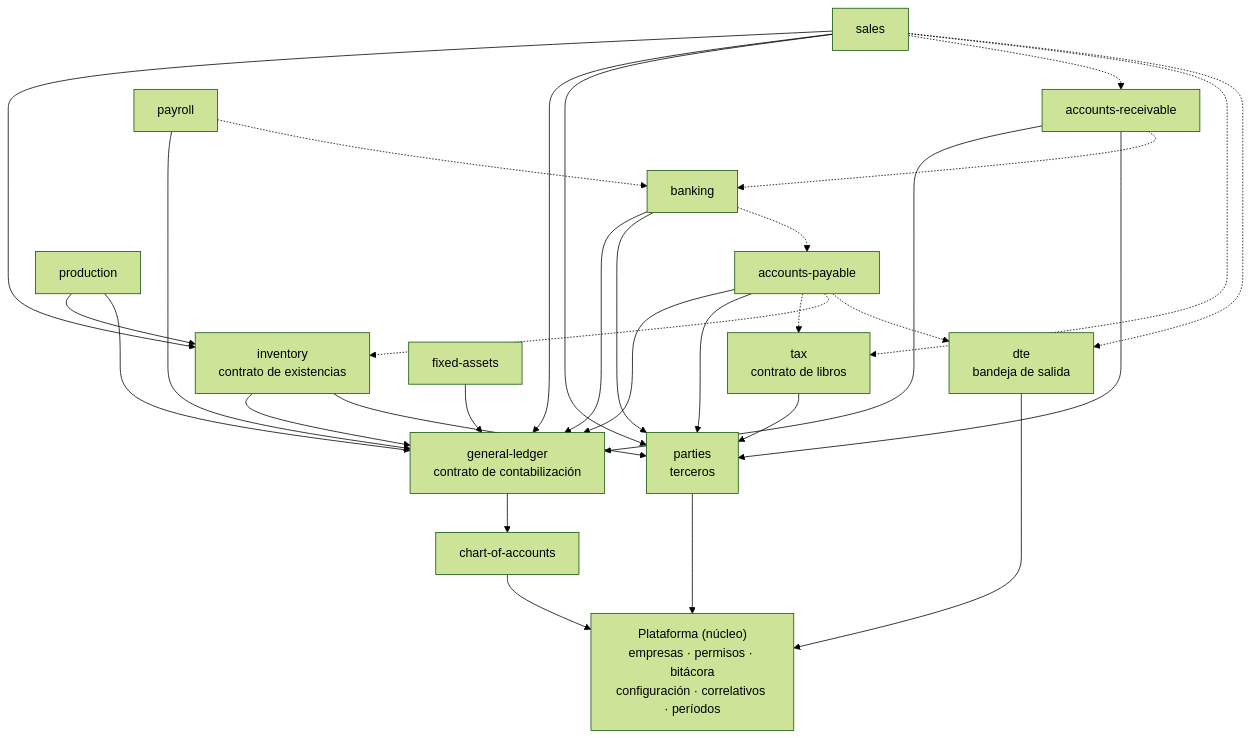
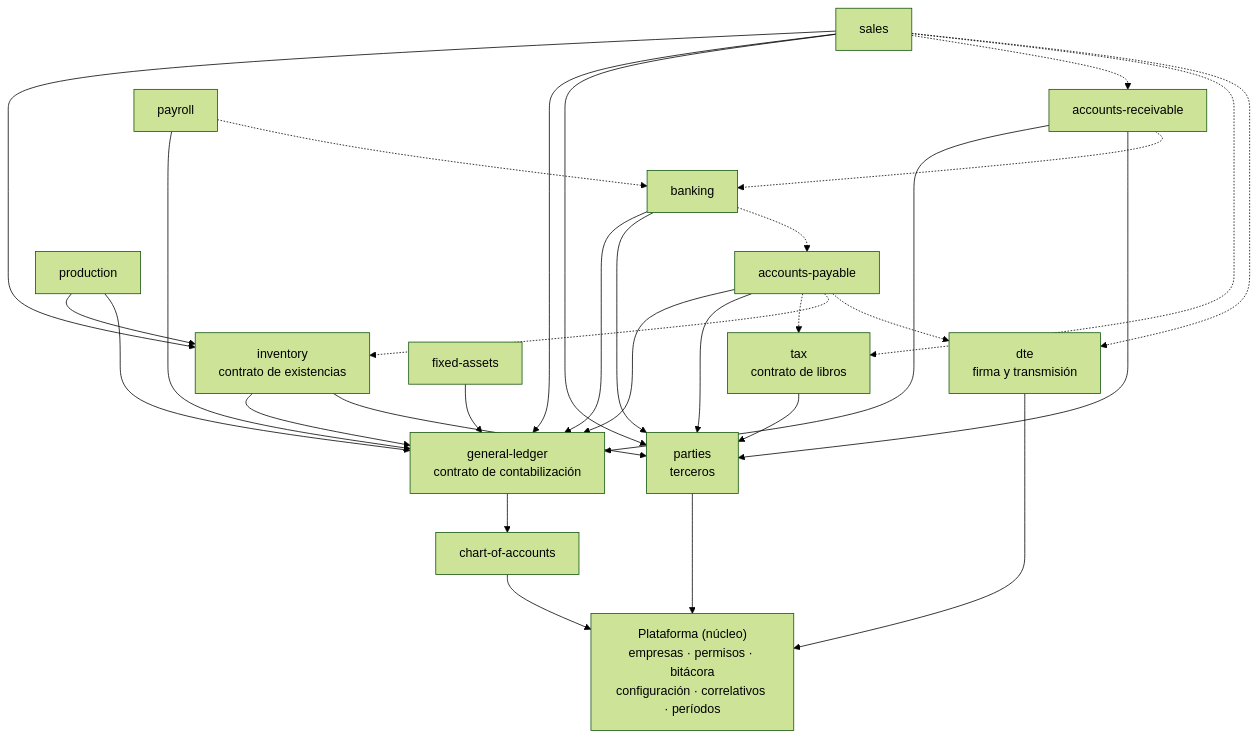
The diagram in docs/sistema/modulos-y-orden.md (cesh13/mc-software), drawn with Mermaid (forest theme) before and after one commit. The commit also changed other lines of this file and 7 other files, not shown here.

````diff
--- a/docs/sistema/modulos-y-orden.md
+++ b/docs/sistema/modulos-y-orden.md
@@ -86,36 +87,36 @@
 ```mermaid
 flowchart TB
   CORE["Plataforma (núcleo)<br/>empresas · permisos · bitácora<br/>configuración · correlativos · períodos"]
   COA["chart-of-accounts"]
   GL["general-ledger<br/>contrato de contabilización"]
   PTY["parties<br/>terceros"]
   BNK["banking"]
   AP["accounts-payable"]
   AR["accounts-receivable"]
   INV["inventory<br/>contrato de existencias"]
   SAL["sales"]
   TAX["tax<br/>contrato de libros"]
-  DTE["dte<br/>bandeja de salida"]
+  DTE["dte<br/>firma y transmisión"]
   PROD["production"]
   FA["fixed-assets"]
   PAY["payroll"]
 
   COA --> CORE
   GL --> COA
   PTY --> CORE
   TAX --> PTY
   DTE --> CORE
   BNK --> GL & PTY
   BNK -.-> AP
   AP --> GL & PTY
   AP -.-> TAX & INV & DTE
   AR --> GL & PTY
   AR -.-> BNK
   INV --> GL & PTY
   SAL --> INV & GL & PTY
   SAL -.-> AR & TAX & DTE
   PROD --> INV & GL
   FA --> GL
   PAY --> GL
   PAY -.-> BNK
 ```
````
